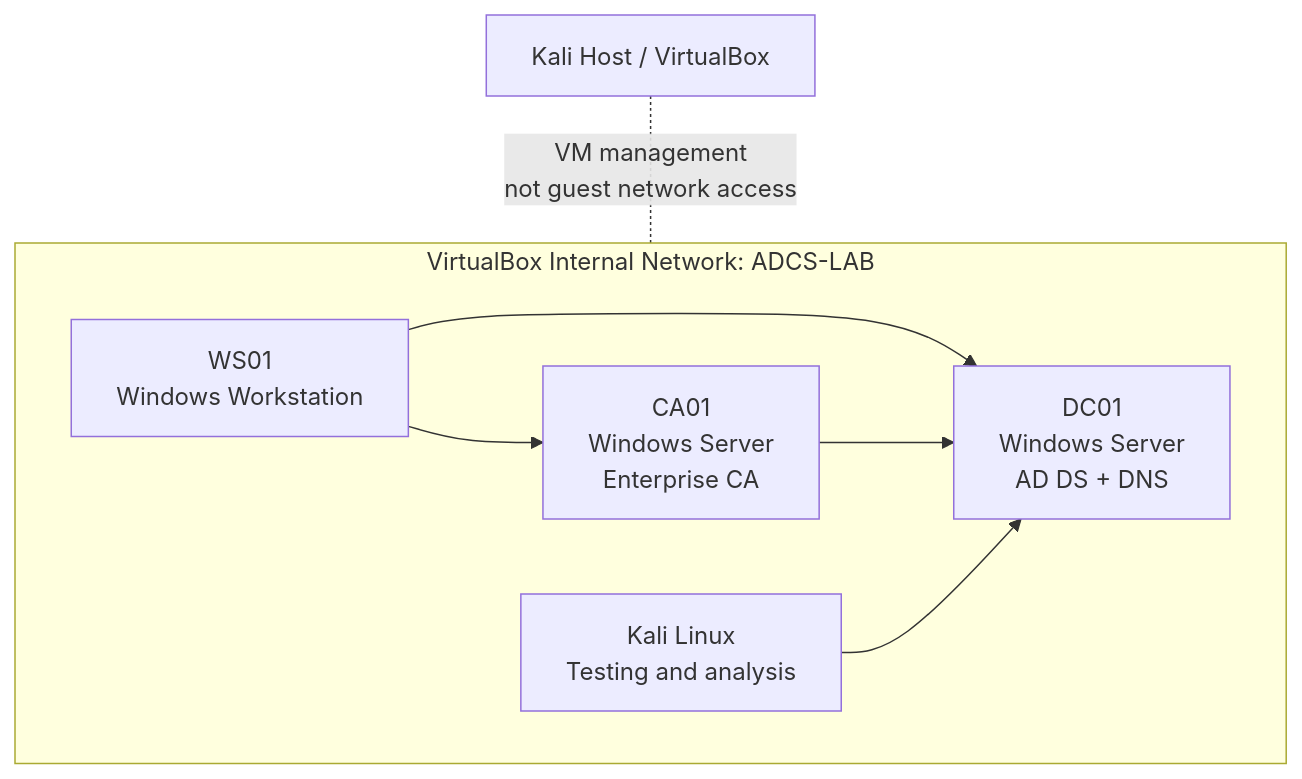
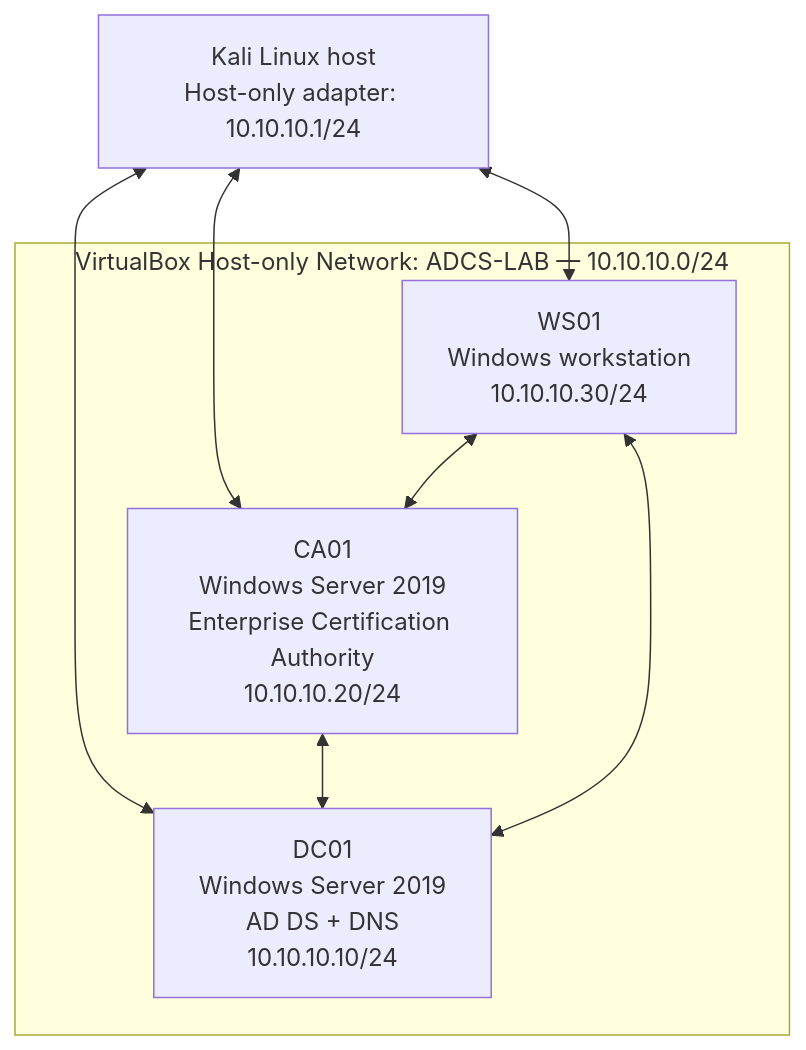
Before and after one commit to meev777/adcs-attack-path-lab: the diagram in diagrams/architecture.md, drawn with Mermaid. The commit also changed other lines of this file, not shown here.

````diff
--- a/diagrams/architecture.md
+++ b/diagrams/architecture.md
@@ -5,15 +9,17 @@
 ```mermaid
 flowchart TB
-    subgraph LAB["VirtualBox Internal Network: ADCS-LAB"]
-        DC["DC01<br/>Windows Server<br/>AD DS + DNS"]
-        CA["CA01<br/>Windows Server<br/>Enterprise CA"]
-        WS["WS01<br/>Windows Workstation"]
-        KALI["Kali Linux<br/>Testing and analysis"]
-        WS --> DC
-        CA --> DC
-        KALI --> DC
-        WS --> CA
+    HOST["Kali Linux host<br/>Host-only adapter: 10.10.10.1/24"]
+
+    subgraph LAB["VirtualBox Host-only Network: ADCS-LAB — 10.10.10.0/24"]
+        DC["DC01<br/>Windows Server 2019<br/>AD DS + DNS<br/>10.10.10.10/24"]
+        CA["CA01<br/>Windows Server 2019<br/>Enterprise Certification Authority<br/>10.10.10.20/24"]
+        WS["WS01<br/>Windows workstation<br/>10.10.10.30/24"]
     end
-    HOST["Kali Host / VirtualBox"]
-    HOST -. "VM management<br/>not guest network access" .- LAB
+
+    HOST <--> DC
+    HOST <--> CA
+    HOST <--> WS
+    CA <--> DC
+    WS <--> DC
+    WS <--> CA
 ```
````
